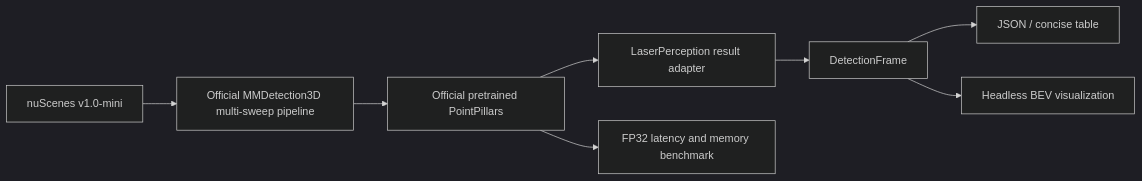
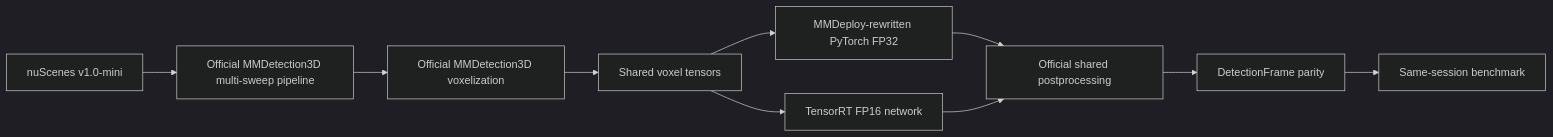
Before and after one commit to muhammadmahadazher/laserperception: the diagram in README.md, drawn with Mermaid (dark theme). The commit also changed other lines of this file and 7 other files, not shown here.

Commit message:
docs: freeze M2 TensorRT parity protocol

````diff
--- a/README.md
+++ b/README.md
@@ -56,10 +58,12 @@
 ```mermaid
 flowchart LR
     A["nuScenes v1.0-mini"] --> B["Official MMDetection3D multi-sweep pipeline"]
-    B --> C["Official pretrained PointPillars"]
-    C --> D["LaserPerception result adapter"]
-    D --> E["DetectionFrame"]
-    E --> F["JSON / concise table"]
-    E --> G["Headless BEV visualization"]
-    C --> H["FP32 latency and memory benchmark"]
+    B --> C["Official MMDetection3D voxelization"]
+    C --> D["Shared voxel tensors"]
+    D --> E["MMDeploy-rewritten PyTorch FP32"]
+    D --> F["TensorRT FP16 network"]
+    E --> G["Official shared postprocessing"]
+    F --> G
+    G --> H["DetectionFrame parity"]
+    H --> I["Same-session benchmark"]
 ```
````
